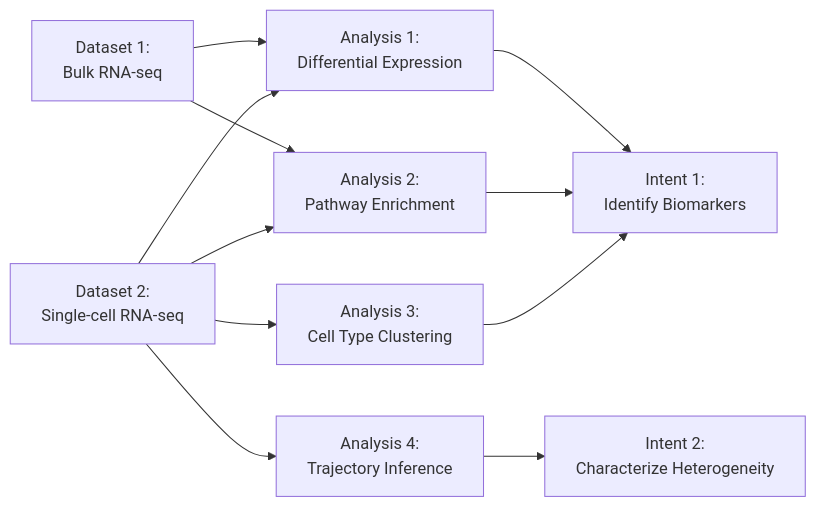
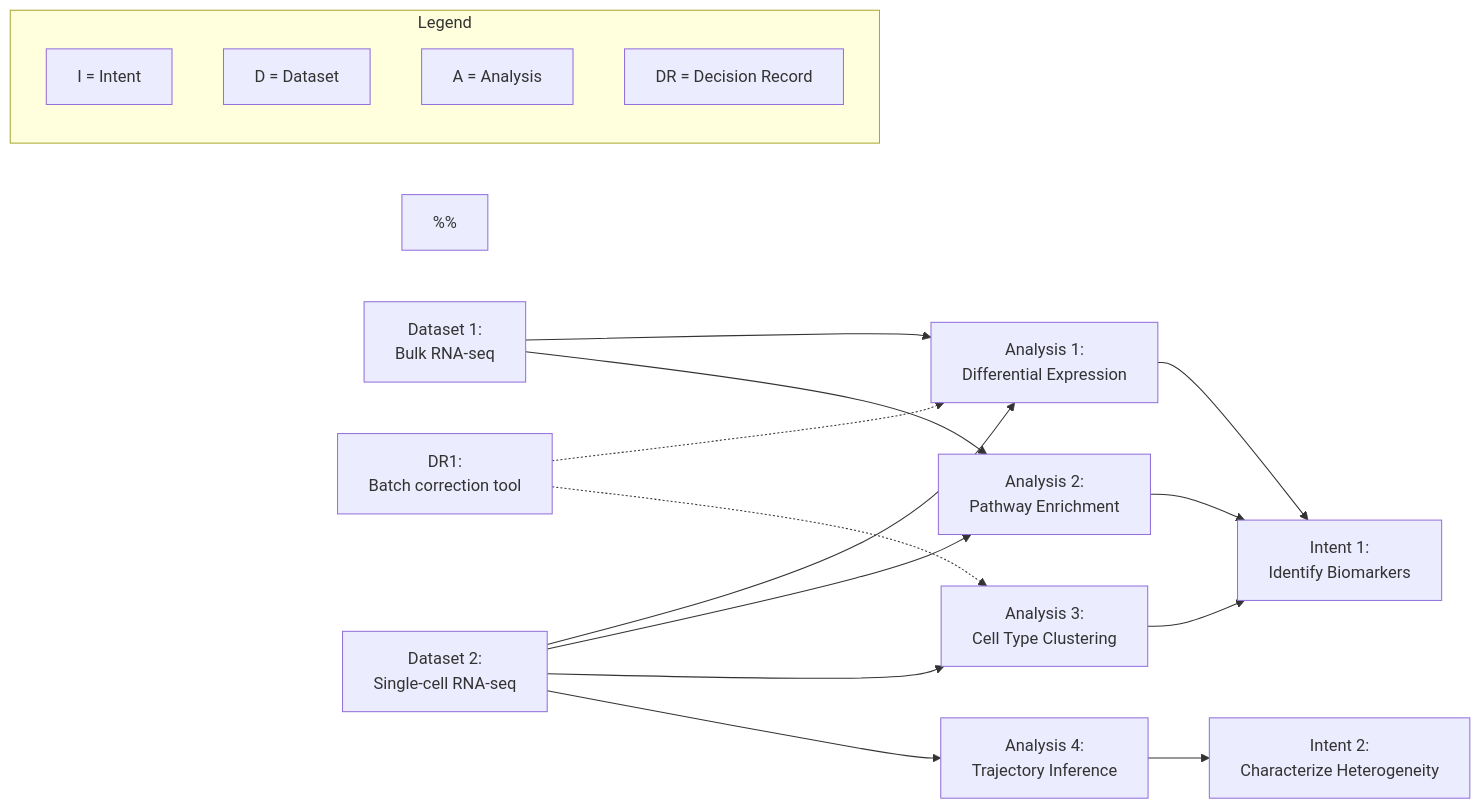
Before and after one commit to swarbricklab/biospec: the diagram in skills/biospec-templates/assets/templates/dependencies.md, drawn with Mermaid. The commit also changed other lines of this file and 25 other files, not shown here.

````diff
--- a/skills/biospec-templates/assets/templates/dependencies.md
+++ b/skills/biospec-templates/assets/templates/dependencies.md
@@ -21,28 +36,77 @@
 ```mermaid
 graph LR
+    %% =========================================================
+    %% Node prefixes:
+    %%   I{n}  = Intent
+    %%   D{n}  = Dataset
+    %%   A{n}  = Analysis
+    %%   DR{n} = Decision Record (from registers/decisions.md)
+    %%
+    %% Edge syntax (Mermaid):
+    %%   A --> B            depends on / produces input for (default)
+    %%   A -->|produces| B  A produces B (e.g. derived dataset)
+    %%   A -->|validates| B A validates B (replication, sensitivity)
+    %%   A -->|supersedes| B A replaces B
+    %%   A -->|blocked-by| B B must clear before A can run
+    %%   A <-->|compares-to| B benchmark / cross-comparison
+    %%   DR1 -.-> A2        dotted = decision gates / informs target
+    %% =========================================================
+
+    %% Legend (delete or keep in your project file as you prefer)
+    subgraph Legend [Legend]
+        LI[I = Intent]
+        LD[D = Dataset]
+        LA[A = Analysis]
+        LDR[DR = Decision Record]
+    end
+
     %% Nodes
     D1["Dataset 1:<br/>Bulk RNA-seq"]
     D2["Dataset 2:<br/>Single-cell RNA-seq"]
-    
+
     A1["Analysis 1:<br/>Differential Expression"]
     A2["Analysis 2:<br/>Pathway Enrichment"]
     A3["Analysis 3:<br/>Cell Type Clustering"]
     A4["Analysis 4:<br/>Trajectory Inference"]
-    
+
     I1["Intent 1:<br/>Identify Biomarkers"]
     I2["Intent 2:<br/>Characterize Heterogeneity"]
 
-    %% Data to Analysis
+    DR1["DR1:<br/>Batch correction tool"]
+
+    %% Data to Analysis (default edge = "is input to")
     D1 --> A1
     D2 --> A1
     D1 --> A2
     D2 --> A2
     D2 --> A3
     D2 --> A4
 
-    %% Analysis to Intent
+    %% Analysis to Intent ("addresses")
     A1 --> I1
     A2 --> I1
     A3 --> I1
     A4 --> I2
+
+    %% Example labelled edges (uncomment / adapt as needed)
+    %% A3 -->|produces| D3
+    %% A2 -->|validates| A1
+    %% A4 -->|blocked-by| D3
+    %% A1 <-->|compares-to| A2
+
+    %% Decisions gate analyses (dotted edge)
+    DR1 -.-> A1
+    DR1 -.-> A3
+
+    %% Status overlay — applies the analysis_overview.md Status column.
+    %% Apply to any node with: `class A1 inProgress;`
+    classDef planned   fill:#eee,stroke:#888,color:#222;
+    classDef inProgress fill:#fff3b0,stroke:#b08900,color:#222;
+    classDef blocked    fill:#ffd0d0,stroke:#a33,color:#222;
+    classDef complete   fill:#d3f9d3,stroke:#2a7,color:#222;
+    classDef deferred   fill:#e0e0ff,stroke:#558,color:#222;
+
+    %% Example status assignments (uncomment / adapt as needed)
+    %% class A1 complete;
+    %% class A4 blocked;
 ```
````
